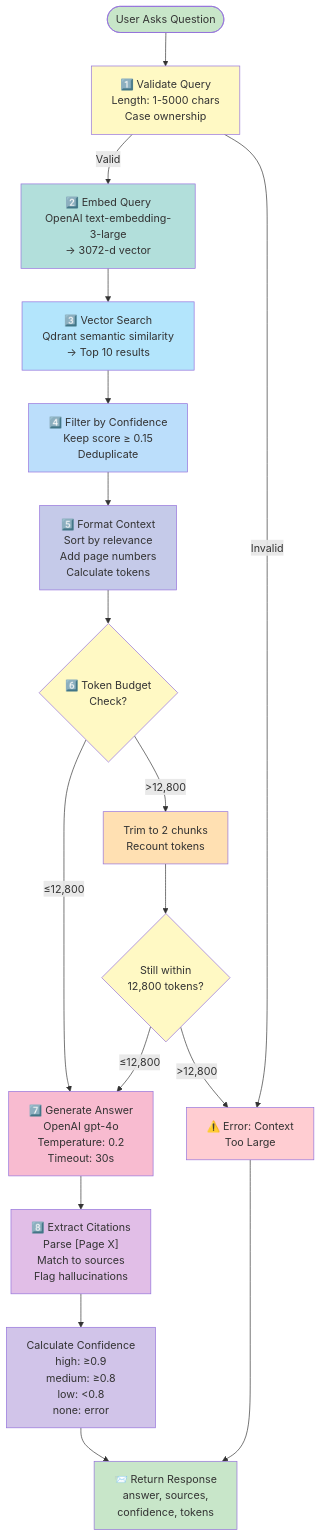
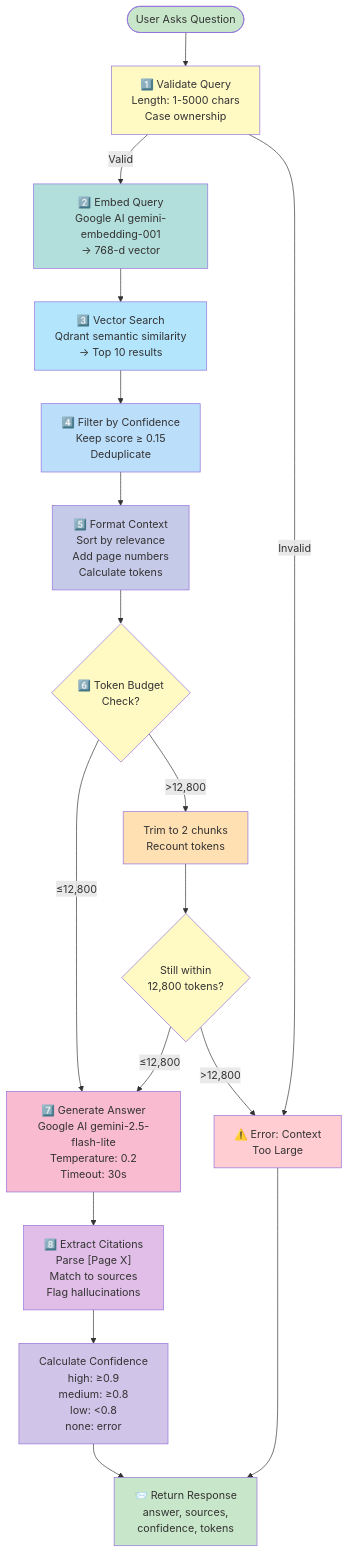
The third of 13 diagrams in ARCHITECTURE_DIAGRAMS.md (Smeet23/Lexintel), drawn with Mermaid before and after one commit. The commit also changed other lines of this file and 50 other files, not shown here.

First line of the commit message:
docs: update all documentation from OpenAI to Google Gemini

````diff
--- a/ARCHITECTURE_DIAGRAMS.md
+++ b/ARCHITECTURE_DIAGRAMS.md
@@ -147,66 +147,66 @@
 ```mermaid
 graph TD
     Start([User Asks Question])
 
     Validate["1️⃣ Validate Query<br/>Length: 1-5000 chars<br/>Case ownership"]
 
-    QueryEmbed["2️⃣ Embed Query<br/>OpenAI text-embedding-3-large<br/>→ 3072-d vector"]
+    QueryEmbed["2️⃣ Embed Query<br/>Google AI gemini-embedding-001<br/>→ 768-d vector"]
 
     VectorSearch["3️⃣ Vector Search<br/>Qdrant semantic similarity<br/>→ Top 10 results"]
 
     Filter["4️⃣ Filter by Confidence<br/>Keep score ≥ 0.15<br/>Deduplicate"]
 
     Format["5️⃣ Format Context<br/>Sort by relevance<br/>Add page numbers<br/>Calculate tokens"]
 
     TokenCheck{"6️⃣ Token Budget<br/>Check?"}
 
     TrimChunks["Trim to 2 chunks<br/>Recount tokens"]
 
     FinalCheck{"Still within<br/>12,800 tokens?"}
 
     ErrorToken["⚠️ Error: Context<br/>Too Large"]
 
-    GenerateAnswer["7️⃣ Generate Answer<br/>OpenAI gpt-4o<br/>Temperature: 0.2<br/>Timeout: 30s"]
+    GenerateAnswer["7️⃣ Generate Answer<br/>Google AI gemini-2.5-flash-lite<br/>Temperature: 0.2<br/>Timeout: 30s"]
 
     ExtractCite["8️⃣ Extract Citations<br/>Parse [Page X]<br/>Match to sources<br/>Flag hallucinations"]
 
     CalcConfidence["Calculate Confidence<br/>high: ≥0.9<br/>medium: ≥0.8<br/>low: <0.8<br/>none: error"]
 
     Response["📨 Return Response<br/>answer, sources,<br/>confidence, tokens"]
 
     Start --> Validate
     Validate -->|Valid| QueryEmbed
     Validate -->|Invalid| ErrorToken
 
     QueryEmbed --> VectorSearch
     VectorSearch --> Filter
     Filter --> Format
     Format --> TokenCheck
 
     TokenCheck -->|≤12,800| GenerateAnswer
     TokenCheck -->|>12,800| TrimChunks
     TrimChunks --> FinalCheck
     FinalCheck -->|≤12,800| GenerateAnswer
     FinalCheck -->|>12,800| ErrorToken
 
     GenerateAnswer --> ExtractCite
     ExtractCite --> CalcConfidence
     CalcConfidence --> Response
 
     ErrorToken --> Response
 
     style Start fill:#c8e6c9
     style Validate fill:#fff9c4
     style QueryEmbed fill:#b2dfdb
     style VectorSearch fill:#b3e5fc
     style Filter fill:#bbdefb
     style Format fill:#c5cae9
     style TokenCheck fill:#fff9c4
     style TrimChunks fill:#ffe0b2
     style FinalCheck fill:#fff9c4
     style ErrorToken fill:#ffcdd2
     style GenerateAnswer fill:#f8bbd0
     style ExtractCite fill:#e1bee7
     style CalcConfidence fill:#d1c4e9
     style Response fill:#c8e6c9
 ```
````
